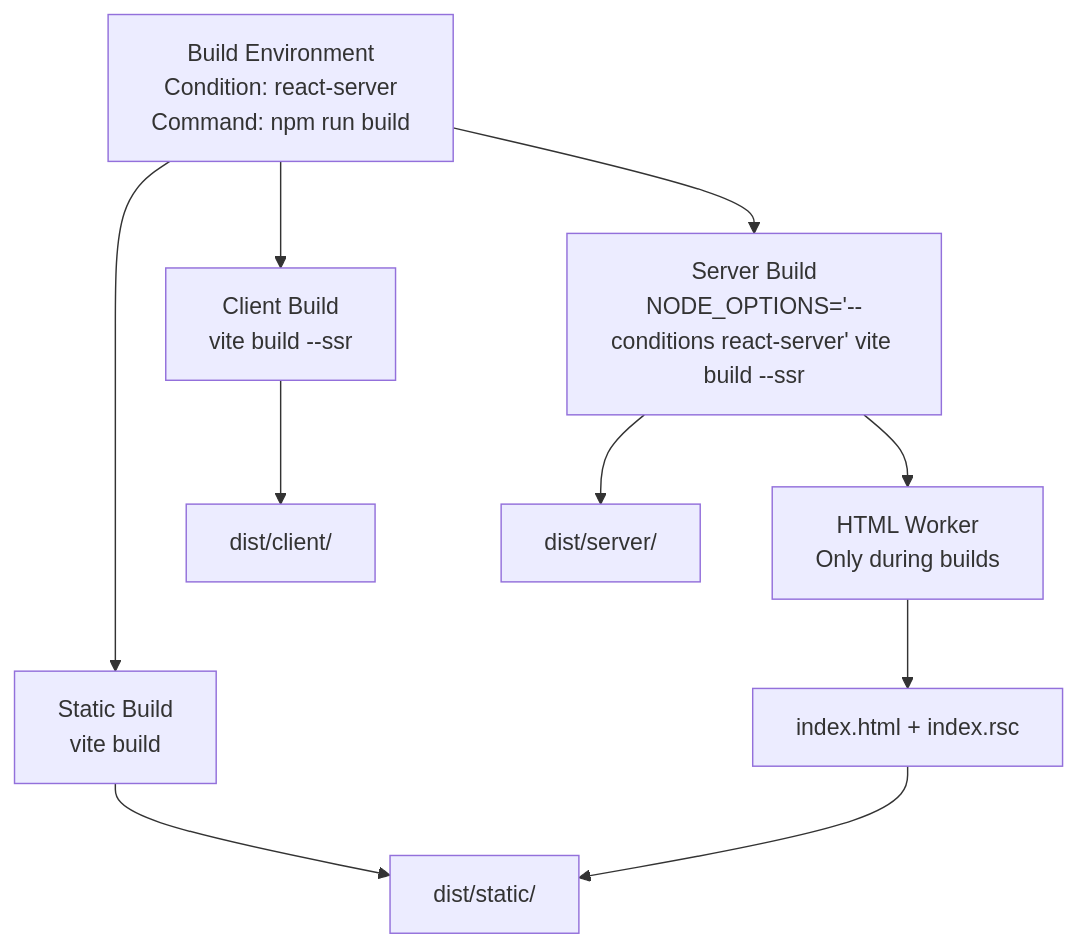
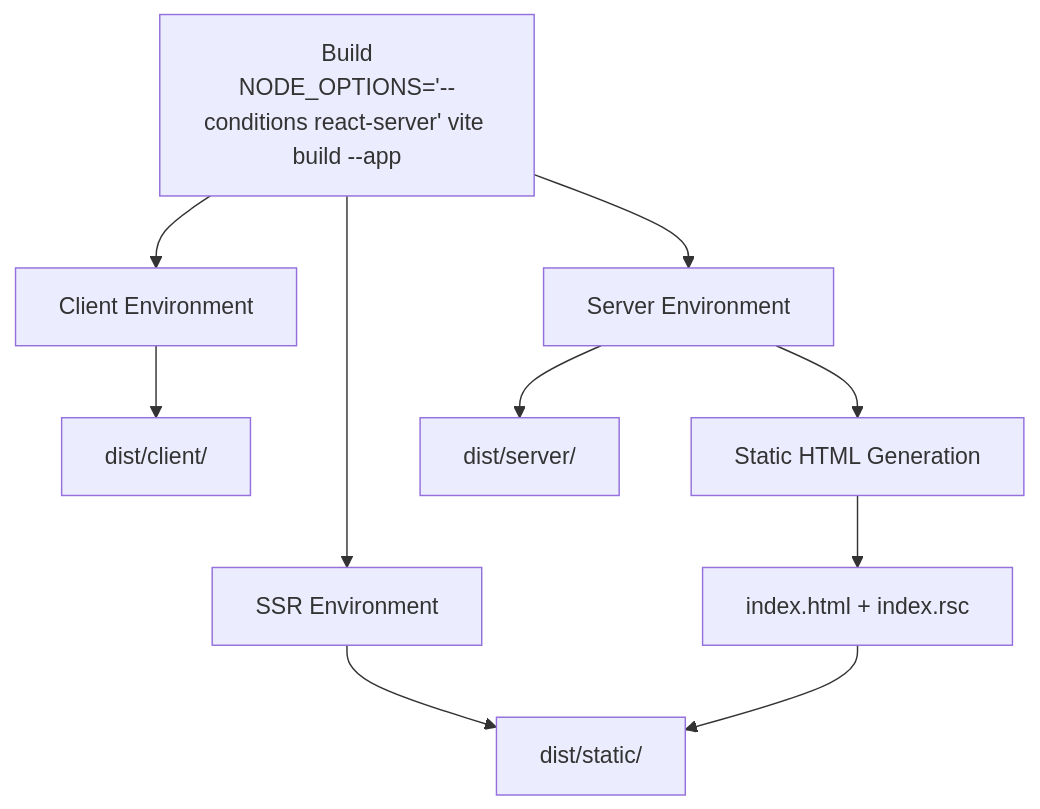
Before and after one commit to nicobrinkkemper/vite-plugin-react-server: the third of 3 diagrams in docs/core-concepts.md, drawn with Mermaid. The commit also changed other lines of this file and 6 other files, not shown here.

First line of the commit message:
fix: use server environment runner in dev mode, update docs

````diff
--- a/docs/core-concepts.md
+++ b/docs/core-concepts.md
@@ -198,14 +196,14 @@
 ```mermaid
 graph TD
-    A[Build Environment<br/>Condition: react-server<br/>Command: npm run build] --> B[Static Build<br/>vite build]
-    A --> C[Client Build<br/>vite build --ssr]
-    A --> D[Server Build<br/>NODE_OPTIONS='--conditions react-server' vite build --ssr]
+    A[Build<br/>NODE_OPTIONS='--conditions react-server' vite build --app] --> B[Client Environment]
+    A --> C[SSR Environment]
+    A --> D[Server Environment]
     
-    B --> E[dist/static/]
-    C --> F[dist/client/]
+    B --> E[dist/client/]
+    C --> F[dist/static/]
     D --> G[dist/server/]
     
-    D --> H[HTML Worker<br/>Only during builds]
+    D --> H[Static HTML Generation]
     H --> I[index.html + index.rsc]
-    I --> E
+    I --> F
 ```
````
